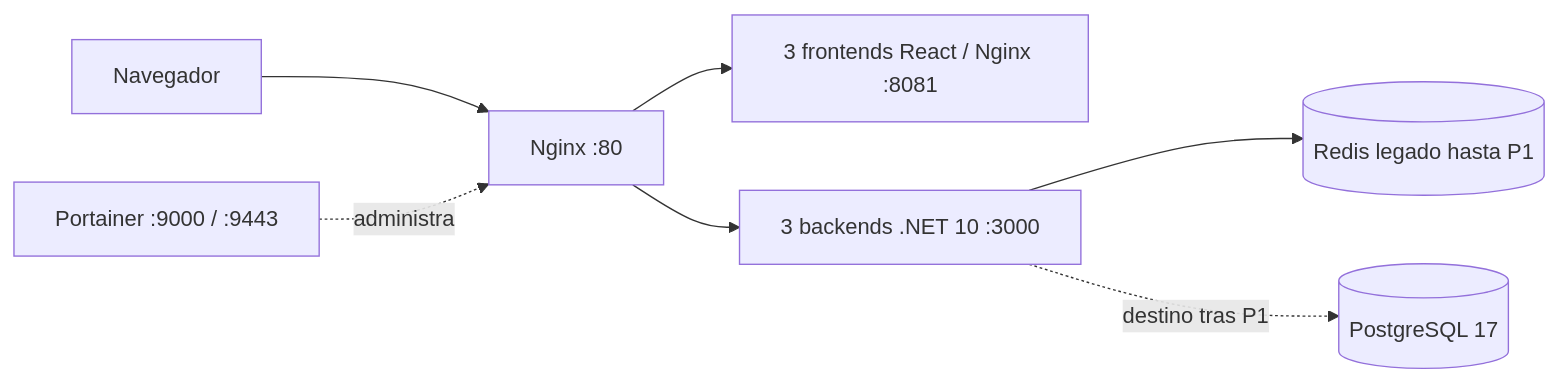
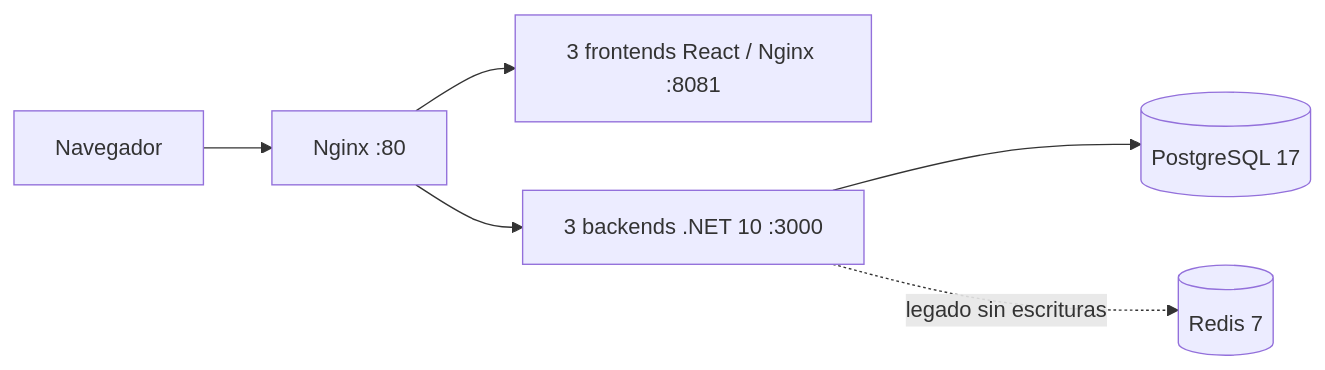
One commit to maxivalenzano/dev-ops-clase-2 changed the diagram in docs/general/overview.md. Above: the diagram before and after it, drawn with Mermaid. The commit also changed other lines of this file and 8 other files, not shown here.

Commit message:
docs: record verified PostgreSQL releases and classroom migration guide

````diff
--- a/docs/general/overview.md
+++ b/docs/general/overview.md
@@ -5,9 +5,8 @@
 ```mermaid
 flowchart LR
     U[Navegador] --> N[Nginx :80]
     N --> F[3 frontends React / Nginx :8081]
     N --> B[3 backends .NET 10 :3000]
-    B --> R[(Redis legado hasta P1)]
-    B -. destino tras P1 .-> PG[(PostgreSQL 17)]
-    P[Portainer :9000 / :9443] -. administra .-> N
+    B --> PG[(PostgreSQL 17)]
+    B -. legado sin escrituras .-> R[(Redis 7)]
 ```
````
